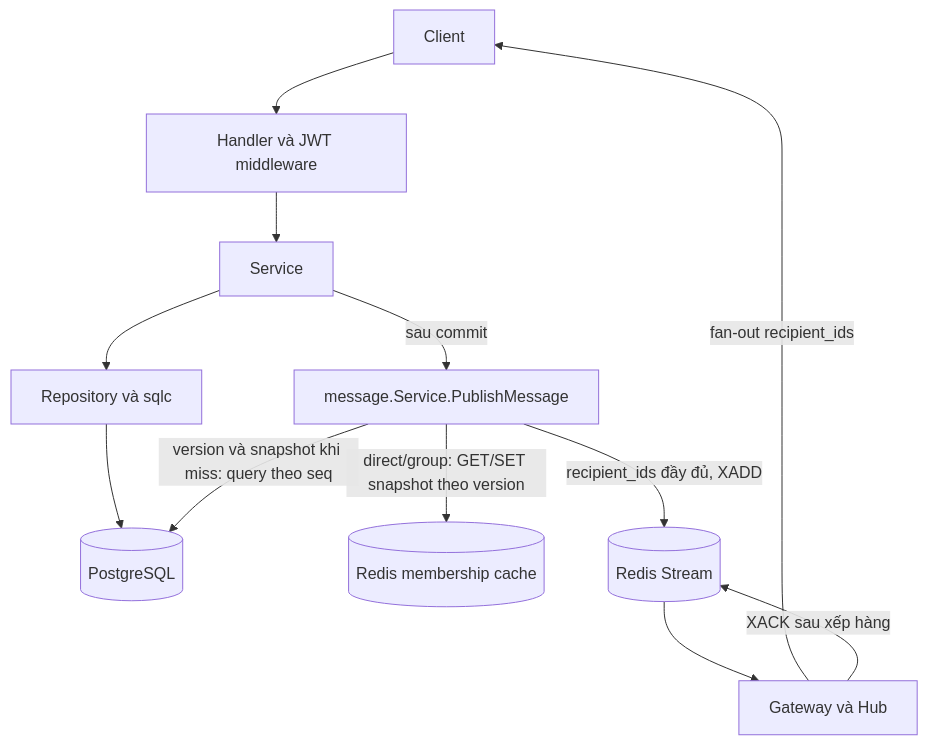
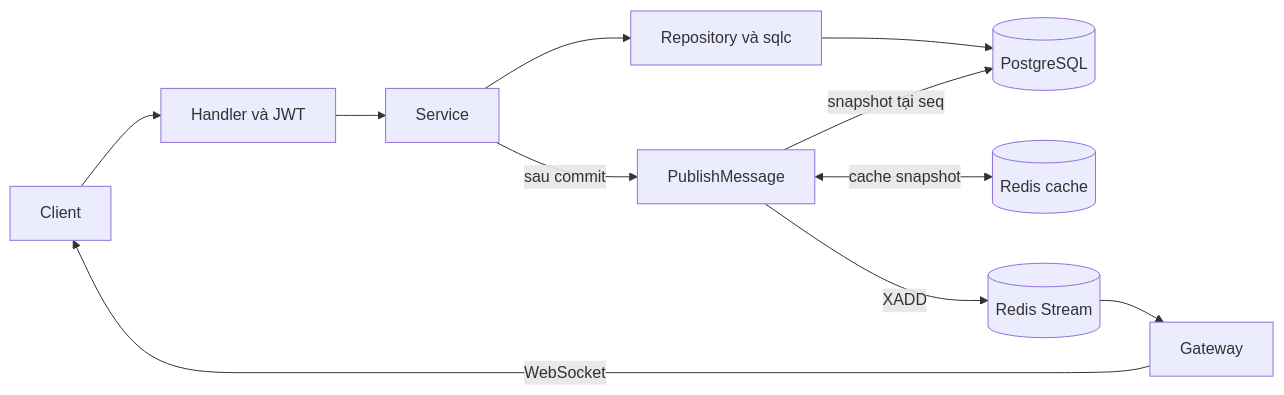
Before and after one commit to daoquocdai/chat-api: the diagram in docs/request-flow.md, drawn with Mermaid. The commit also changed other lines of this file and 16 other files, not shown here.

````diff
--- a/docs/request-flow.md
+++ b/docs/request-flow.md
@@ -17,14 +14,13 @@
 ```mermaid
-flowchart TD
-    C[Client] --> H[Handler và JWT middleware]
+flowchart LR
+    C[Client] --> H[Handler và JWT]
     H --> S[Service]
     S --> R[Repository và sqlc]
     R --> DB[(PostgreSQL)]
-    S -->|sau commit| P[message.Service.PublishMessage]
-    P -->|direct/group: GET/SET snapshot theo version| MC[(Redis membership cache)]
-    P -->|version và snapshot khi miss: query theo seq| DB
-    P -->|recipient_ids đầy đủ, XADD| X[(Redis Stream)]
-    X --> G[Gateway và Hub]
-    G -->|fan-out recipient_ids| C
-    G -->|XACK sau xếp hàng| X
+    S -->|sau commit| P[PublishMessage]
+    P -->|snapshot tại seq| DB
+    P <-->|cache snapshot| RC[(Redis cache)]
+    P -->|XADD| RS[(Redis Stream)]
+    RS --> G[Gateway]
+    G -->|WebSocket| C
 ```
````
